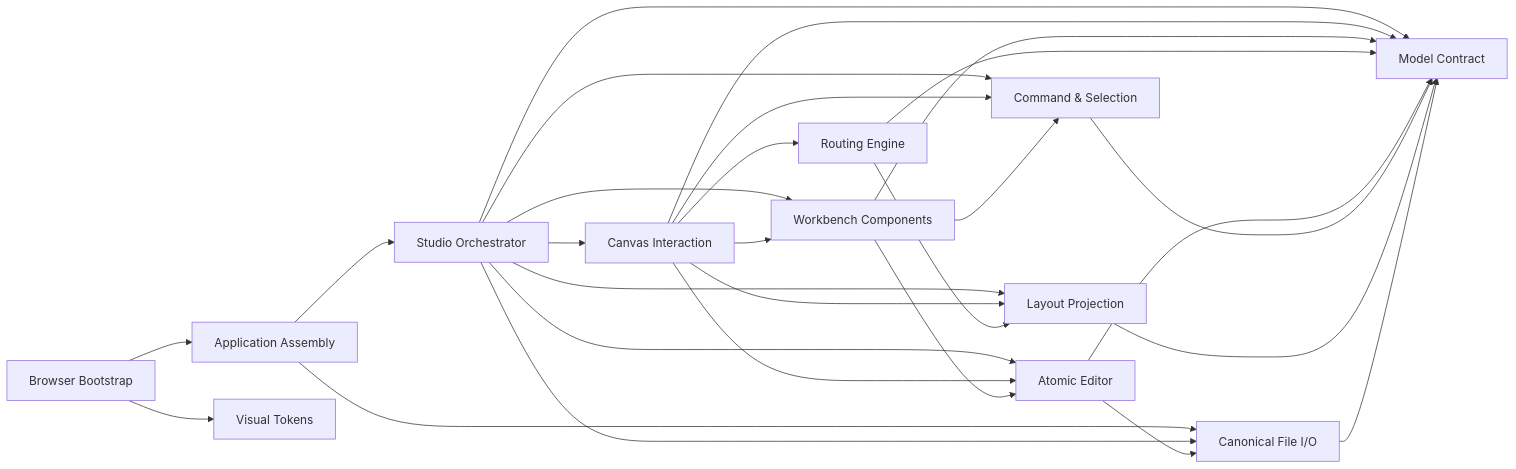
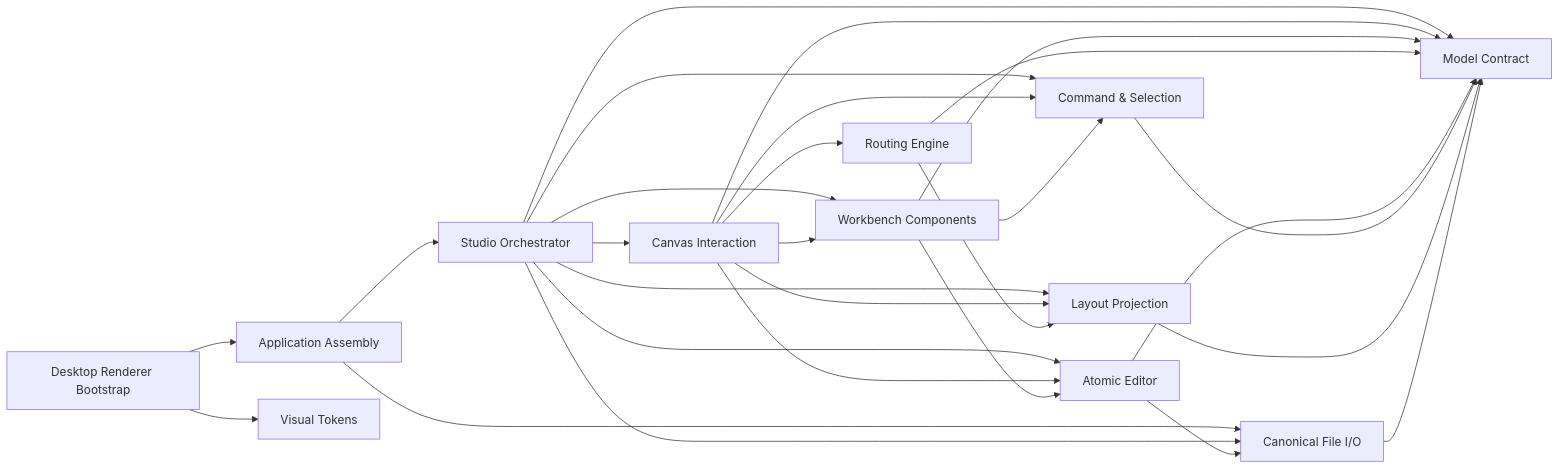
Before and after one commit to xueyu888/architecture-block-studio: the diagram in docs/ARCHITECTURE.md, drawn with Mermaid. The commit also changed other lines of this file and 45 other files, not shown here.

````diff
--- a/docs/ARCHITECTURE.md
+++ b/docs/ARCHITECTURE.md
@@ -66,30 +66,30 @@
 ```mermaid
 flowchart LR
-  bootstrap[Browser Bootstrap] --> app[Application Assembly]
+  bootstrap[Desktop Renderer Bootstrap] --> app[Application Assembly]
   bootstrap --> styles[Visual Tokens]
   app --> studio[Studio Orchestrator]
   app --> io[Canonical File I/O]
   studio --> canvas[Canvas Interaction]
   studio --> workbench[Workbench Components]
   studio --> protocols[Command & Selection]
   studio --> editor[Atomic Editor]
   studio --> layout[Layout Projection]
   studio --> io
   studio --> model[Model Contract]
   canvas --> workbench
   canvas --> protocols
   canvas --> editor
   canvas --> routing[Routing Engine]
   canvas --> layout
   canvas --> model
   workbench --> protocols
   workbench --> editor
   workbench --> model
   routing --> layout
   routing --> model
   editor --> io
   editor --> model
   protocols --> model
   layout --> model
   io --> model
 ```
````
